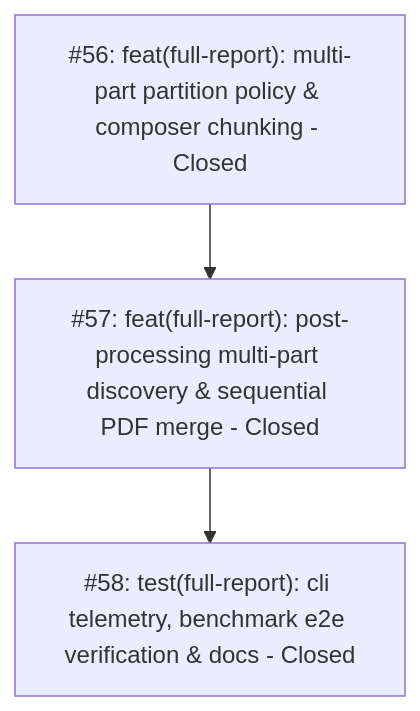
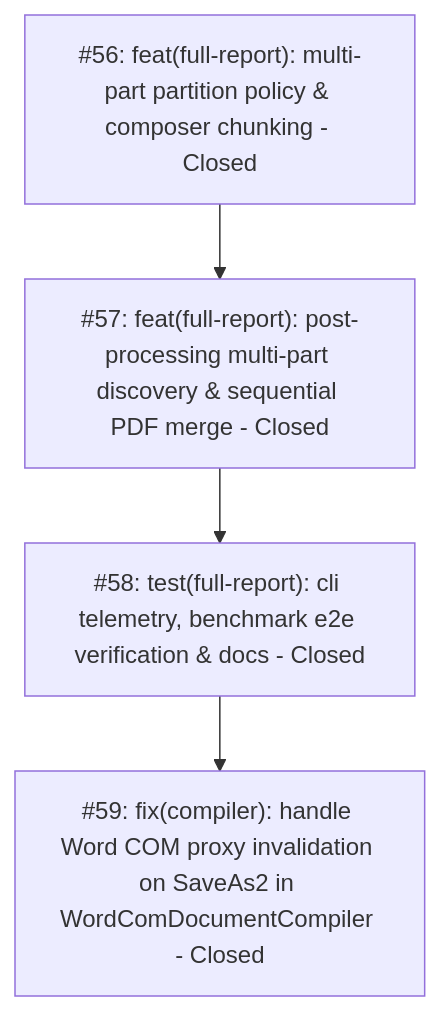
The diagram in .wayfinder/vcb-multipart-full-report/map.md (adamlarGit/pahang-cli), drawn with Mermaid before and after one commit. The commit also changed other lines of this file and 3 other files, not shown here.

First line of the commit message:
fix(compiler): handle Word COM proxy drop post-SaveAs2

````diff
--- a/.wayfinder/vcb-multipart-full-report/map.md
+++ b/.wayfinder/vcb-multipart-full-report/map.md
@@ -35,9 +35,11 @@
 ```mermaid
 graph TD
     T56["#56: feat(full-report): multi-part partition policy & composer chunking - Closed"]
     T57["#57: feat(full-report): post-processing multi-part discovery & sequential PDF merge - Closed"]
     T58["#58: test(full-report): cli telemetry, benchmark e2e verification & docs - Closed"]
+    T59["#59: fix(compiler): handle Word COM proxy invalidation on SaveAs2 in WordComDocumentCompiler - Closed"]
 
     T56 --> T57
     T57 --> T58
+    T58 --> T59
 ```
````
